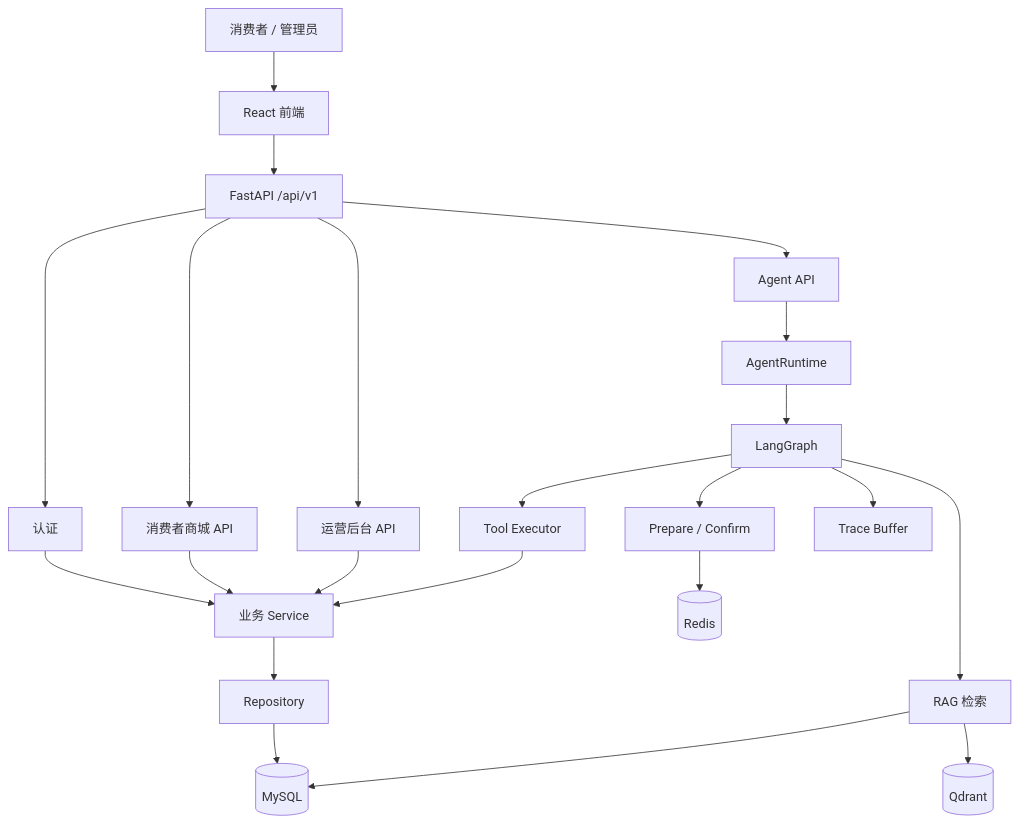
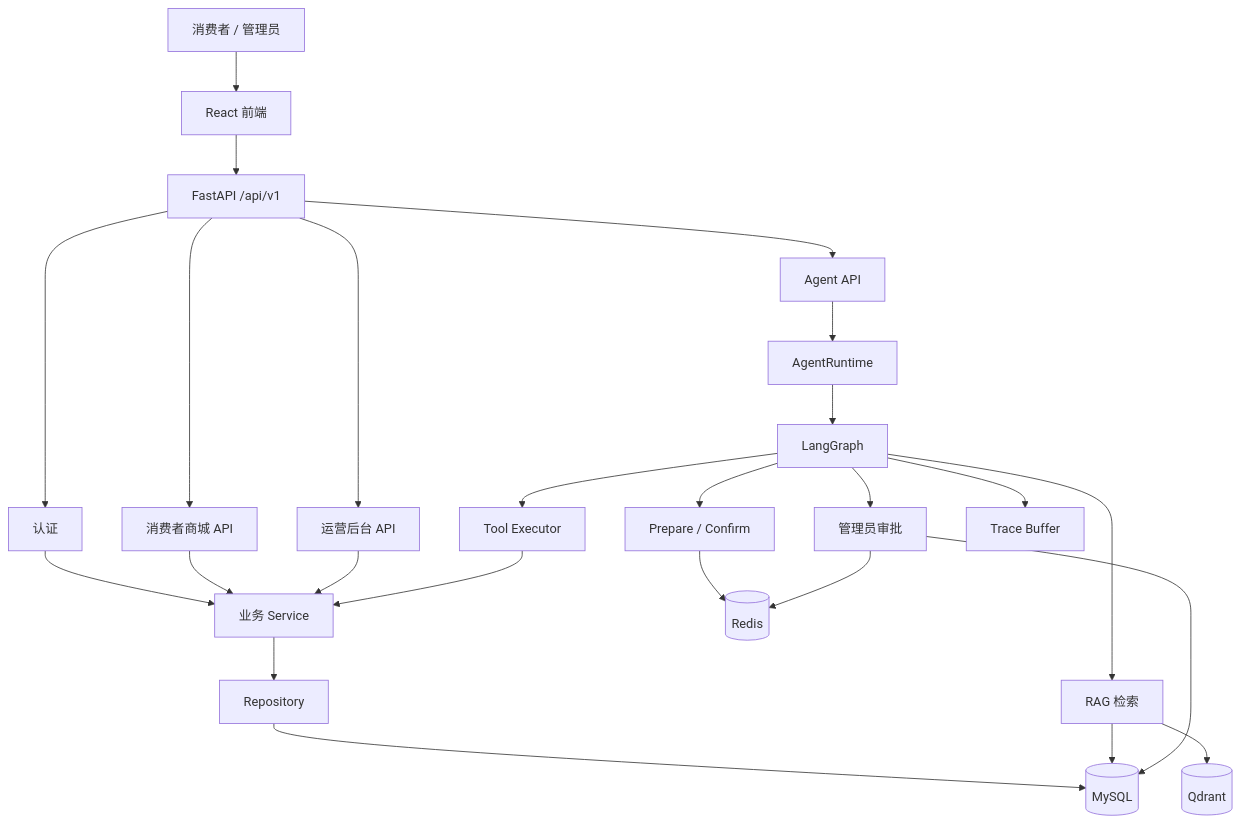
Before and after one commit to hqw77/E-Commerce-Agent: the diagram in docs/02-architecture.md, drawn with Mermaid. The commit also changed other lines of this file and 15 other files, not shown here.

````diff
--- a/docs/02-architecture.md
+++ b/docs/02-architecture.md
@@ -5,30 +5,33 @@
 ```mermaid
 flowchart TB
     U[消费者 / 管理员] --> FE[React 前端]
     FE --> API[FastAPI /api/v1]
 
     API --> AUTH[认证]
     API --> SHOP[消费者商城 API]
     API --> ADMIN[运营后台 API]
     API --> AGENT[Agent API]
 
     AUTH --> SVC[业务 Service]
     SHOP --> SVC
     ADMIN --> SVC
 
     SVC --> REPO[Repository]
     REPO --> MYSQL[(MySQL)]
 
     AGENT --> RUNTIME[AgentRuntime]
     RUNTIME --> GRAPH[LangGraph]
     GRAPH --> RAG[RAG 检索]
     GRAPH --> TOOL[Tool Executor]
     GRAPH --> CONFIRM[Prepare / Confirm]
+    GRAPH --> APPROVAL[管理员审批]
 
     RAG --> QDRANT[(Qdrant)]
     RAG --> MYSQL
     TOOL --> SVC
     CONFIRM --> REDIS[(Redis)]
+    APPROVAL --> MYSQL
+    APPROVAL --> REDIS
 
     GRAPH --> TRACE[Trace Buffer]
 ```
````
